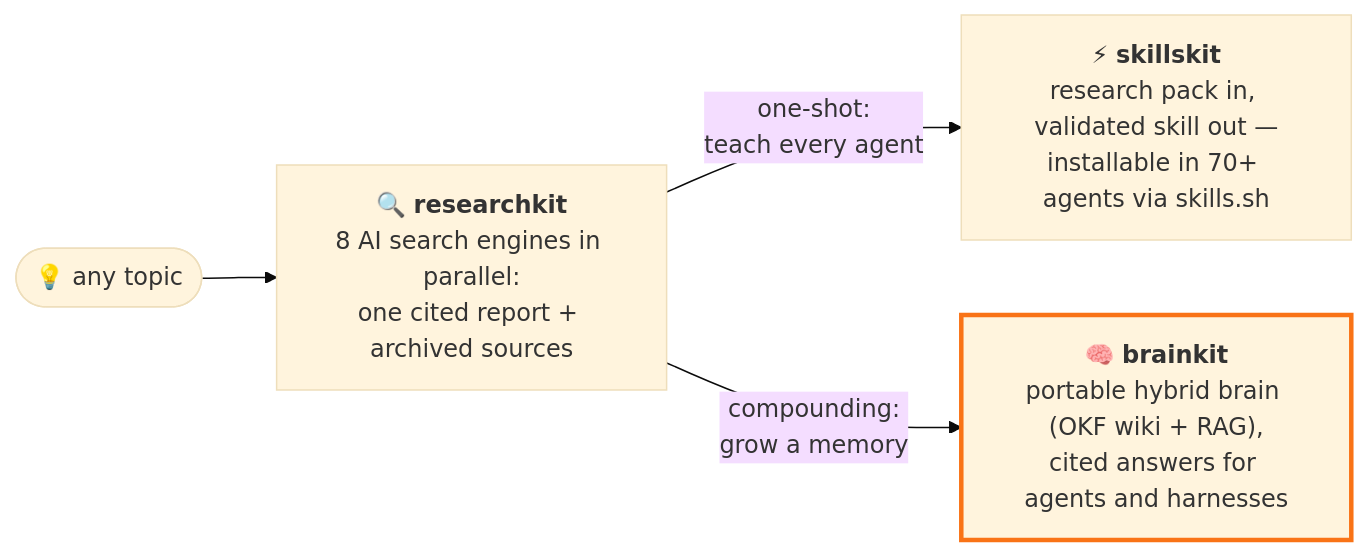
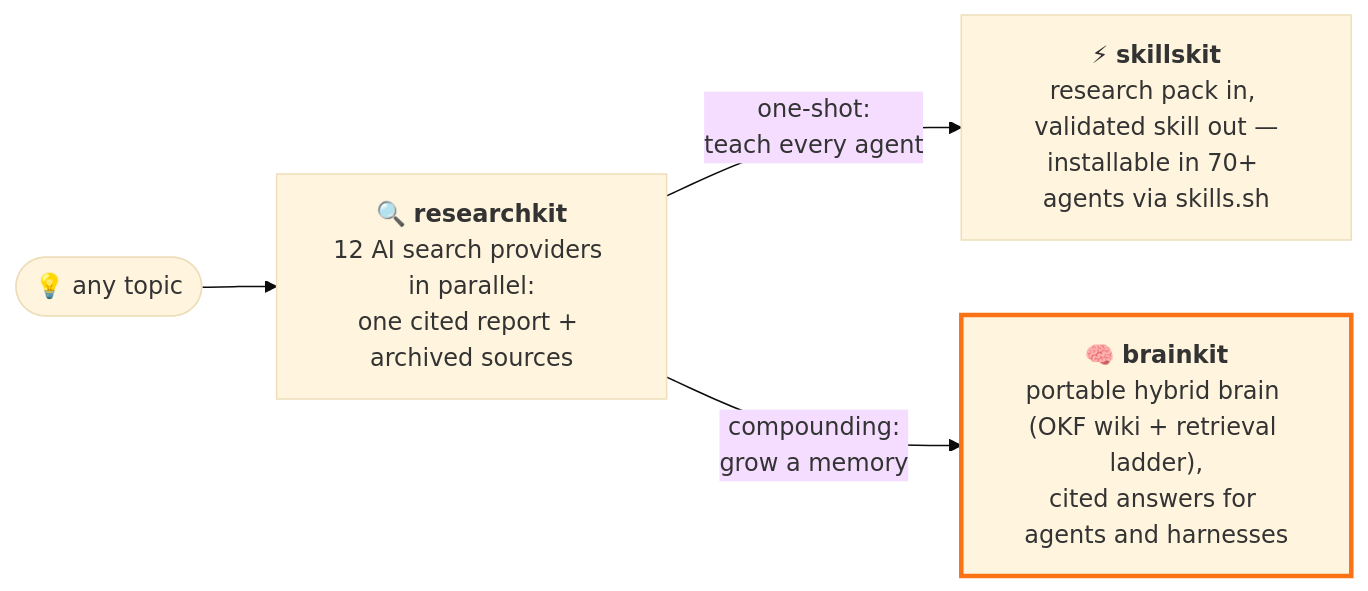
Before and after one commit to Paldom/brainkit: the first of 2 diagrams in README.md, drawn with Mermaid (base theme). The commit also changed other lines of this file and 3 other files, not shown here.

````diff
--- a/README.md
+++ b/README.md
@@ -15,8 +15,8 @@
 ```mermaid
 flowchart LR
-    T(["💡 any topic"]) --> RK["🔍 <b>researchkit</b><br/>8 AI search engines in parallel:<br/>one cited report + archived sources"]
+    T(["💡 any topic"]) --> RK["🔍 <b>researchkit</b><br/>12 AI search providers in parallel:<br/>one cited report + archived sources"]
     RK -- "one-shot:<br/>teach every agent" --> SK["⚡ <b>skillskit</b><br/>research pack in, validated skill out —<br/>installable in 70+ agents via skills.sh"]
-    RK -- "compounding:<br/>grow a memory" --> BK["🧠 <b>brainkit</b><br/>portable hybrid brain (OKF wiki + RAG),<br/>cited answers for agents and harnesses"]
+    RK -- "compounding:<br/>grow a memory" --> BK["🧠 <b>brainkit</b><br/>portable hybrid brain (OKF wiki + retrieval ladder),<br/>cited answers for agents and harnesses"]
     classDef here stroke:#f97316,stroke-width:3px;
     class BK here
 ```
````
